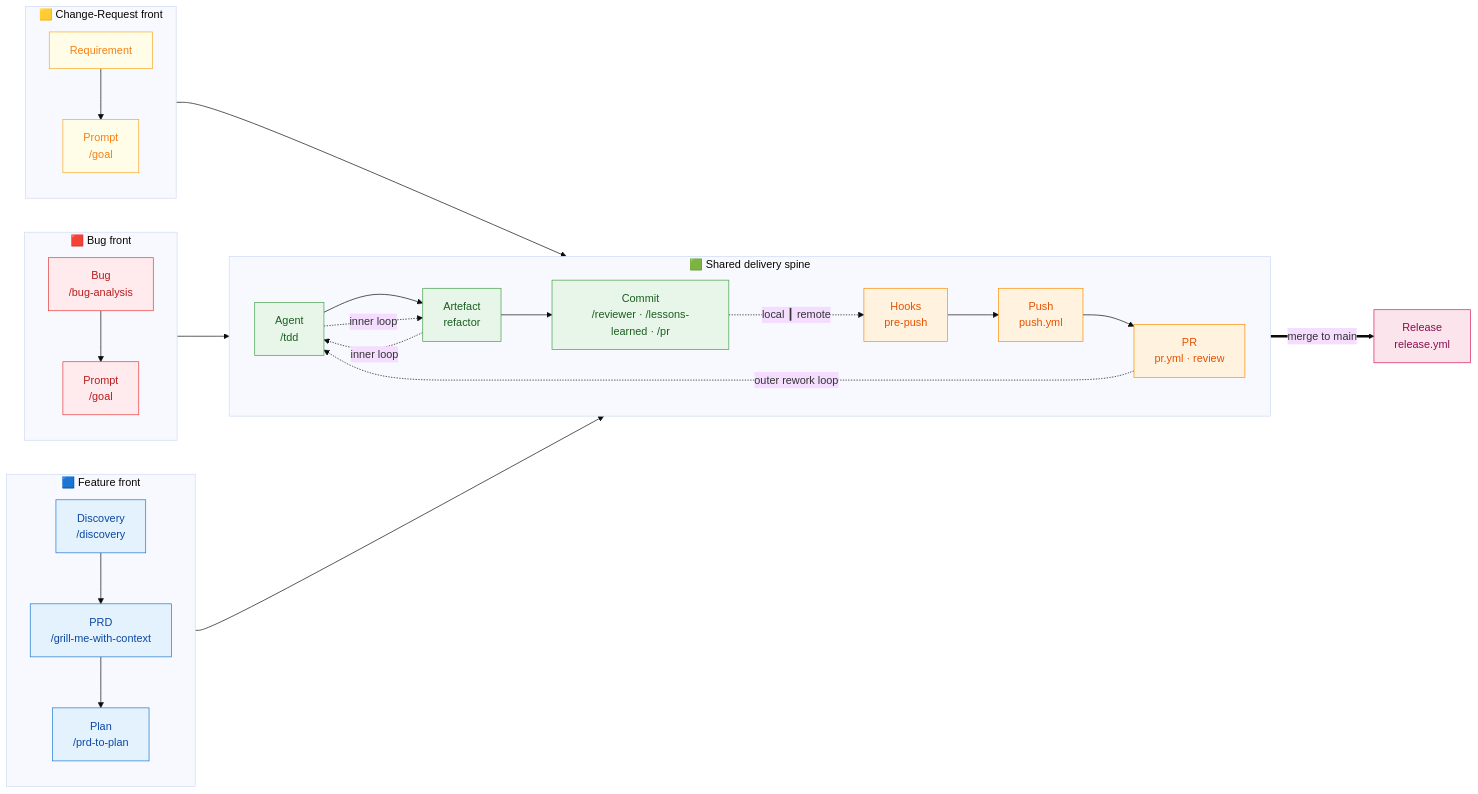
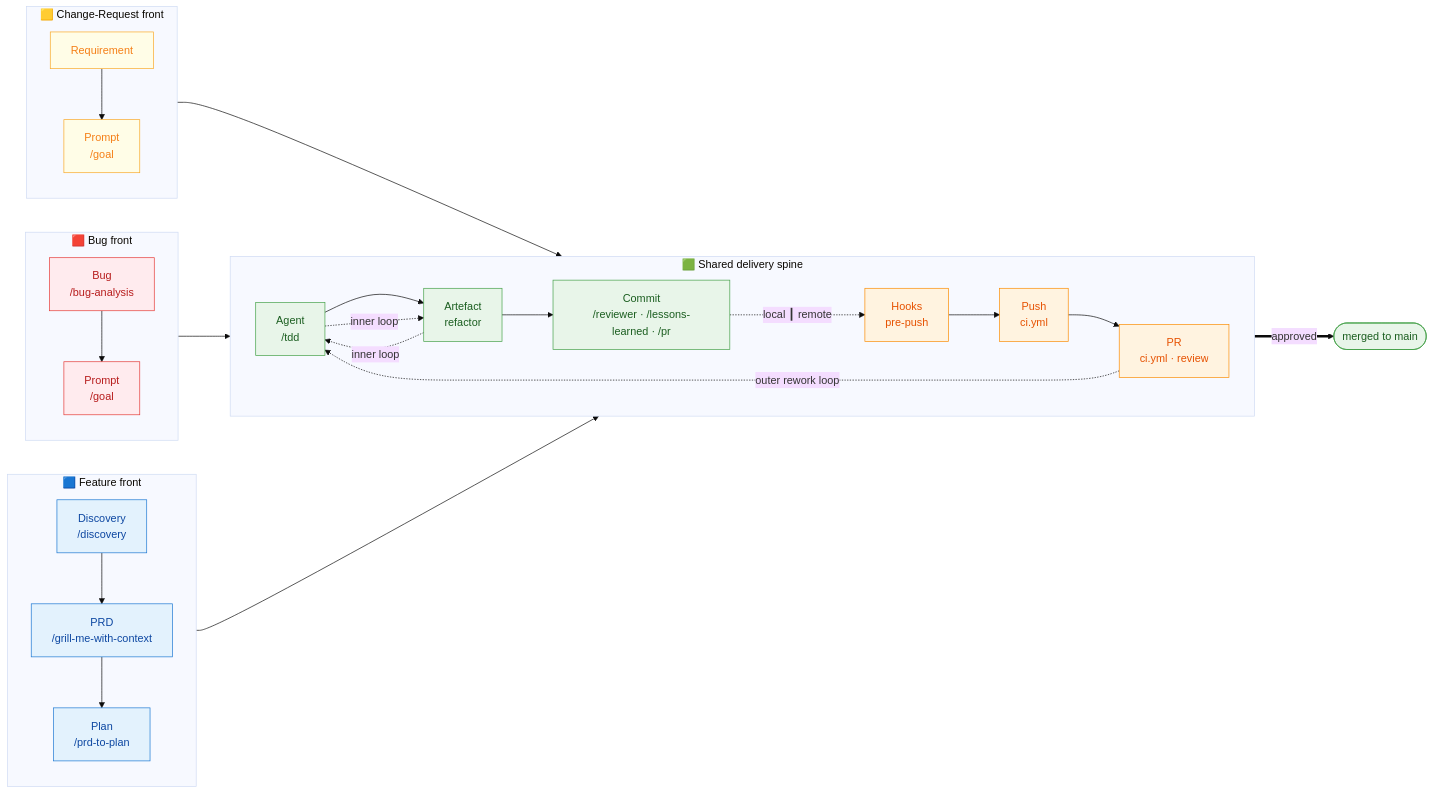
One commit to stefanstelzer/lean-harness-ai-sdlc changed the first of 5 diagrams in WORKFLOW.md. Above: the diagram before and after it, drawn with Mermaid (base theme). The commit also changed other lines of this file and 21 other files, not shown here.

````diff
--- a/WORKFLOW.md
+++ b/WORKFLOW.md
@@ -25,48 +25,48 @@
 ```mermaid
 flowchart LR
   classDef front fill:#e3f2fd,stroke:#1976d2,color:#0d47a1;
   classDef bug fill:#ffebee,stroke:#e53935,color:#b71c1c;
   classDef chg fill:#fffde7,stroke:#f9a825,color:#f57f17;
   classDef spine fill:#e8f5e9,stroke:#43a047,color:#1b5e20;
   classDef gate fill:#fff3e0,stroke:#fb8c00,color:#e65100;
   classDef rel fill:#fce4ec,stroke:#d81b60,color:#880e4f;
 
   subgraph FE["🟦 Feature front"]
     direction TB
     d1["Discovery<br/>/discovery"] --> d2["PRD<br/>/grill-me-with-context"]
     d2 --> d3["Plan<br/>/prd-to-plan"]
   end
   subgraph BG["🟥 Bug front"]
     direction TB
     b1["Bug<br/>/bug-analysis"] --> b2["Prompt<br/>/goal"]
   end
   subgraph CR["🟨 Change-Request front"]
     direction TB
     c1["Requirement"] --> c2["Prompt<br/>/goal"]
   end
 
   d3 --> A
   b2 --> A
   c2 --> A
 
   subgraph SPINE["🟩 Shared delivery spine"]
     direction LR
     A["Agent<br/>/tdd"] --> AR["Artefact<br/>refactor"]
     AR --> CO["Commit<br/>/reviewer · /lessons-learned · /pr"]
     CO -.->|"local ┃ remote"| HK["Hooks<br/>pre-push"]
-    HK --> PU["Push<br/>push.yml"]
-    PU --> PR["PR<br/>pr.yml · review"]
+    HK --> PU["Push<br/>ci.yml"]
+    PU --> PR["PR<br/>ci.yml · review"]
   end
 
   A -.->|"inner loop"| AR
   AR -.->|"inner loop"| A
   PR -.->|"outer rework loop"| A
-  PR ==>|"merge to main"| REL["Release<br/>release.yml"]
+  PR ==>|"approved"| MG(["merged to main"])
 
   class d1,d2,d3 front;
   class b1,b2 bug;
   class c1,c2 chg;
   class A,AR,CO spine;
   class HK,PU,PR gate;
-  class REL rel;
+  class MG spine;
 ```
````
